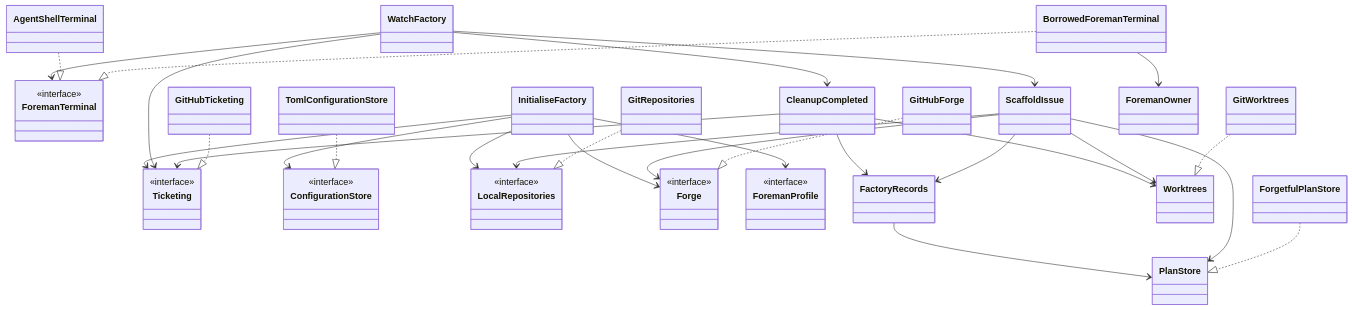
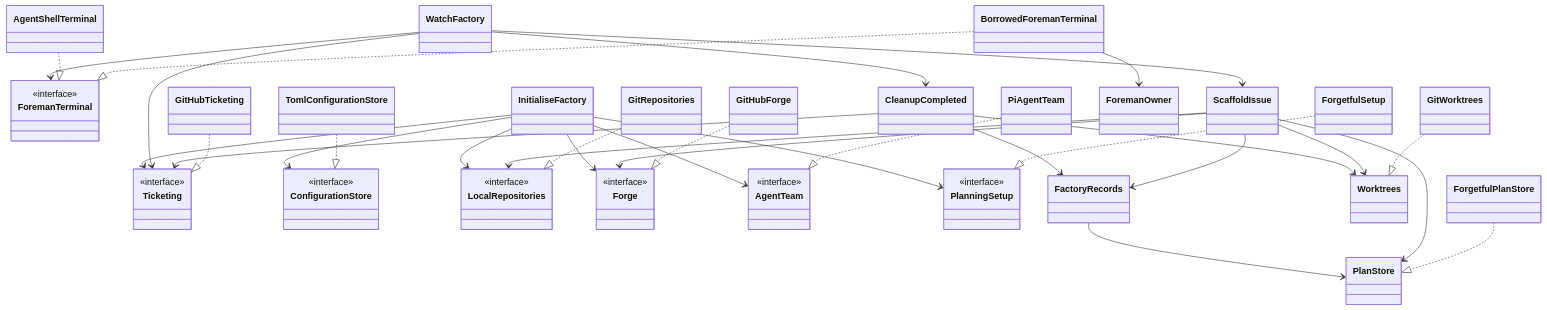
One commit to ScottRBK/factory changed the diagram in docs/architecture.md. Above: the diagram before and after it, drawn with Mermaid. The commit also changed other lines of this file and 31 other files, not shown here.

First line of the commit message:
refactor: split ForemanProfile into agent team, planning setup and tool installers

````diff
--- a/docs/architecture.md
+++ b/docs/architecture.md
@@ -68,49 +68,55 @@
 ```mermaid
 classDiagram
     direction TB
     class Ticketing {
         <<interface>>
     }
     class ConfigurationStore {
         <<interface>>
     }
     class LocalRepositories {
         <<interface>>
     }
     class Forge {
         <<interface>>
     }
     class ForemanTerminal {
         <<interface>>
     }
-    class ForemanProfile {
+    class AgentTeam {
+        <<interface>>
+    }
+    class PlanningSetup {
         <<interface>>
     }
     InitialiseFactory --> Ticketing
     InitialiseFactory --> ConfigurationStore
     InitialiseFactory --> LocalRepositories
     InitialiseFactory --> Forge
-    InitialiseFactory --> ForemanProfile
+    InitialiseFactory --> AgentTeam
+    InitialiseFactory --> PlanningSetup
     WatchFactory --> Ticketing
     WatchFactory --> ForemanTerminal
     WatchFactory --> ScaffoldIssue
     WatchFactory --> CleanupCompleted
     CleanupCompleted --> FactoryRecords
     CleanupCompleted --> Worktrees
     CleanupCompleted --> Ticketing
     ScaffoldIssue --> FactoryRecords
     FactoryRecords --> PlanStore
     ScaffoldIssue --> PlanStore
     ScaffoldIssue --> Worktrees
     ScaffoldIssue --> LocalRepositories
     ScaffoldIssue --> Forge
     ForgetfulPlanStore ..|> PlanStore
     GitWorktrees ..|> Worktrees
     GitHubTicketing ..|> Ticketing
     GitHubForge ..|> Forge
     TomlConfigurationStore ..|> ConfigurationStore
     GitRepositories ..|> LocalRepositories
     AgentShellTerminal ..|> ForemanTerminal
     BorrowedForemanTerminal ..|> ForemanTerminal
     BorrowedForemanTerminal --> ForemanOwner
+    PiAgentTeam ..|> AgentTeam
+    ForgetfulSetup ..|> PlanningSetup
 ```
````
